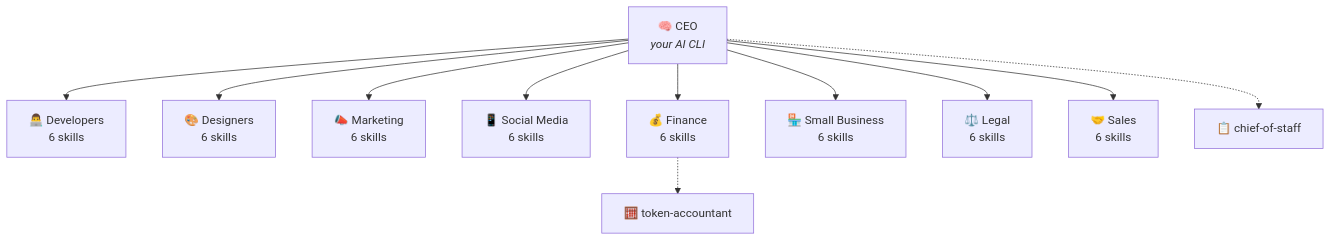
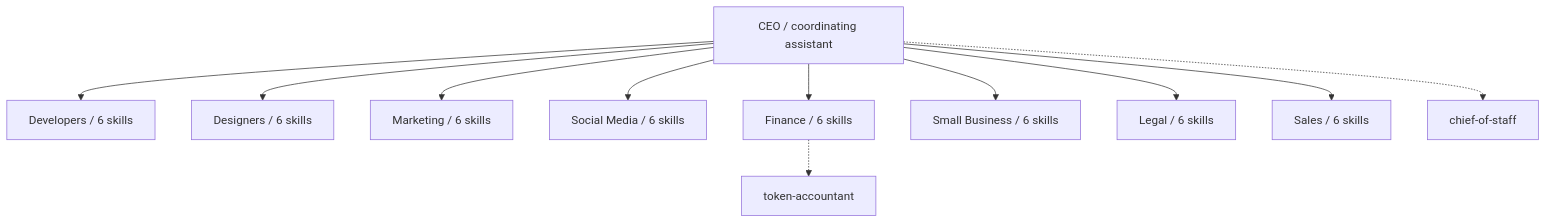
The diagram in README.md (alebgl77/claude-inc), drawn with Mermaid before and after one commit. The commit also changed other lines of this file and 30 other files, not shown here.

````diff
--- a/README.md
+++ b/README.md
@@ -77,14 +116,14 @@
 ```mermaid
 graph TD
-    CEO["🧠 CEO<br/><i>your AI CLI</i>"]
-    CEO --> DEV["👨‍💻 Developers<br/>6 skills"]
-    CEO --> DES["🎨 Designers<br/>6 skills"]
-    CEO --> MKT["📣 Marketing<br/>6 skills"]
-    CEO --> SOC["📱 Social Media<br/>6 skills"]
-    CEO --> FIN["💰 Finance<br/>6 skills"]
-    CEO --> SMB["🏪 Small Business<br/>6 skills"]
-    CEO --> LEG["⚖️ Legal<br/>6 skills"]
-    CEO --> SAL["🤝 Sales<br/>6 skills"]
-    CEO -.-> COS["📋 chief-of-staff"]
-    FIN -.-> TOK["🧮 token-accountant"]
+    CEO["CEO / coordinating assistant"]
+    CEO --> DEV["Developers / 6 skills"]
+    CEO --> DES["Designers / 6 skills"]
+    CEO --> MKT["Marketing / 6 skills"]
+    CEO --> SOC["Social Media / 6 skills"]
+    CEO --> FIN["Finance / 6 skills"]
+    CEO --> SMB["Small Business / 6 skills"]
+    CEO --> LEG["Legal / 6 skills"]
+    CEO --> SAL["Sales / 6 skills"]
+    CEO -.-> COS["chief-of-staff"]
+    FIN -.-> TOK["token-accountant"]
 ```
````
